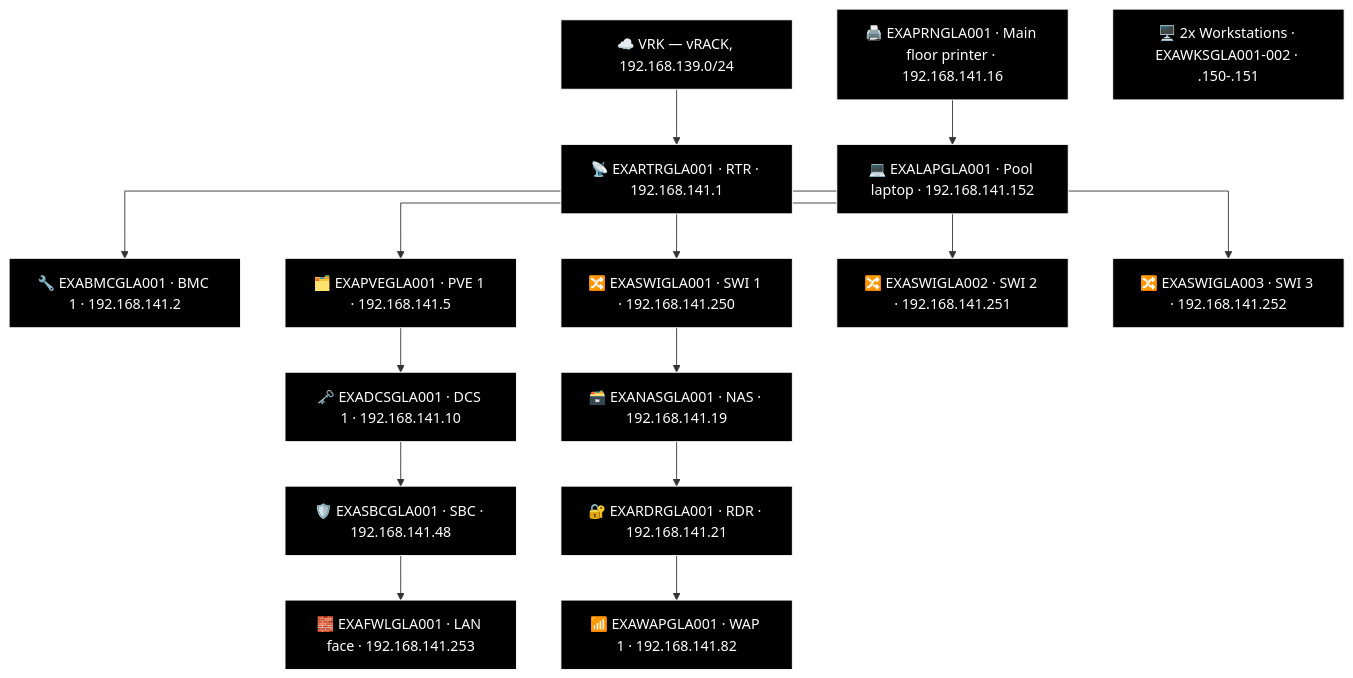
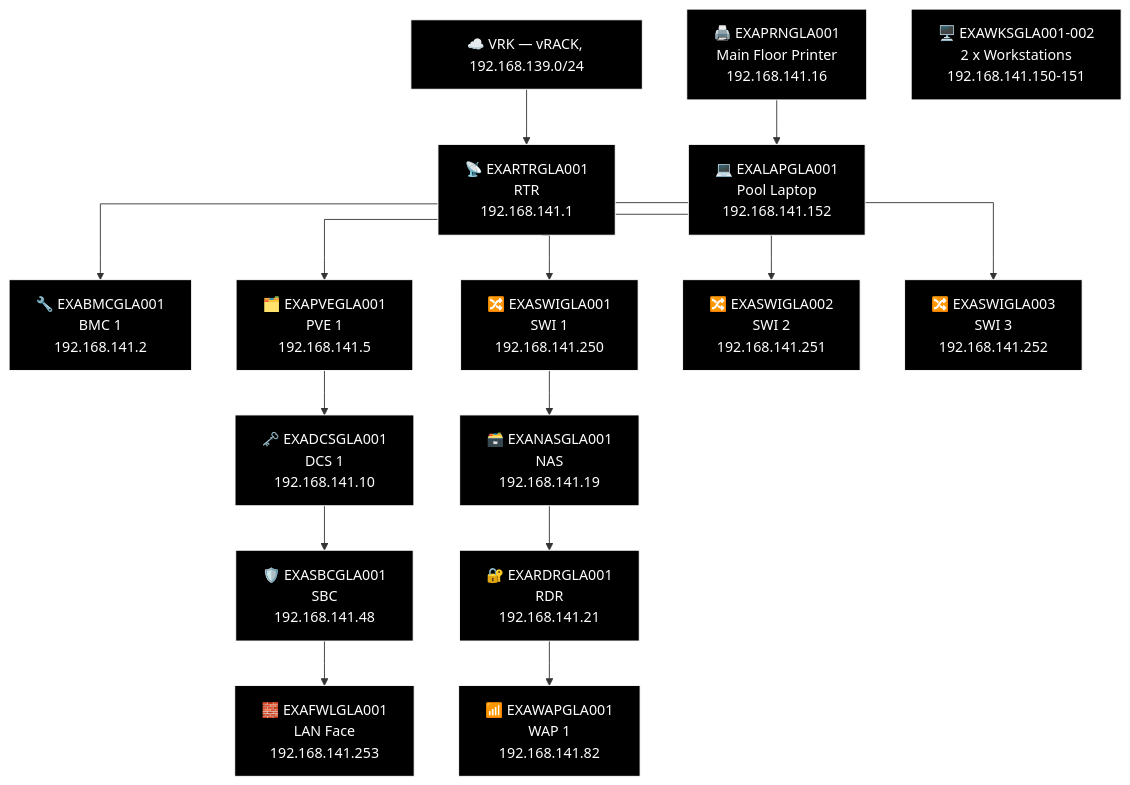
One commit to knightmare2600/example_music_infra changed the sixth of 14 diagrams in docs/network-diagram/scotland.md. Above: the diagram before and after it, drawn with Mermaid. The commit also changed other lines of this file and 18 other files, not shown here.

````diff
--- a/docs/network-diagram/scotland.md
+++ b/docs/network-diagram/scotland.md
@@ -327,47 +327,47 @@
 ```mermaid
 %% GENERATED:TOPOLOGY:GLA:START
 %%{init: {'flowchart': {'curve': 'stepAfter'}}}%%
 graph TD
     T_VRK["☁️ VRK — vRACK, 192.168.139.0/24"]
-    T_RTR["📡 EXARTRGLA001 · RTR · 192.168.141.1"]
+    T_RTR["📡 EXARTRGLA001<br/>RTR<br/>192.168.141.1"]
     T_VRK --> T_RTR
-    T_BMC["🔧 EXABMCGLA001 · BMC 1 · 192.168.141.2"]
+    T_BMC["🔧 EXABMCGLA001<br/>BMC 1<br/>192.168.141.2"]
     T_RTR --> T_BMC
-    T_PVE["🗂️ EXAPVEGLA001 · PVE 1 · 192.168.141.5"]
+    T_PVE["🗂️ EXAPVEGLA001<br/>PVE 1<br/>192.168.141.5"]
     T_RTR --> T_PVE
-    T_SWI["🔀 EXASWIGLA001 · SWI 1 · 192.168.141.250"]
+    T_SWI["🔀 EXASWIGLA001<br/>SWI 1<br/>192.168.141.250"]
     T_RTR --> T_SWI
-    T_SWI2["🔀 EXASWIGLA002 · SWI 2 · 192.168.141.251"]
+    T_SWI2["🔀 EXASWIGLA002<br/>SWI 2<br/>192.168.141.251"]
     T_RTR --> T_SWI2
-    T_SWI3["🔀 EXASWIGLA003 · SWI 3 · 192.168.141.252"]
+    T_SWI3["🔀 EXASWIGLA003<br/>SWI 3<br/>192.168.141.252"]
     T_RTR --> T_SWI3
-    T_NAS["🗃️ EXANASGLA001 · NAS · 192.168.141.19"]
-    T_RDR["🔐 EXARDRGLA001 · RDR · 192.168.141.21"]
-    T_WAP["📶 EXAWAPGLA001 · WAP 1 · 192.168.141.82"]
+    T_NAS["🗃️ EXANASGLA001<br/>NAS<br/>192.168.141.19"]
+    T_RDR["🔐 EXARDRGLA001<br/>RDR<br/>192.168.141.21"]
+    T_WAP["📶 EXAWAPGLA001<br/>WAP 1<br/>192.168.141.82"]
     T_SWI --> T_NAS --> T_RDR --> T_WAP
-    T_DCS["🗝️ EXADCSGLA001 · DCS 1 · 192.168.141.10"]
-    T_SBC["🛡️ EXASBCGLA001 · SBC · 192.168.141.48"]
-    T_FWL["🧱 EXAFWLGLA001 · LAN face · 192.168.141.253"]
+    T_DCS["🗝️ EXADCSGLA001<br/>DCS 1<br/>192.168.141.10"]
+    T_SBC["🛡️ EXASBCGLA001<br/>SBC<br/>192.168.141.48"]
+    T_FWL["🧱 EXAFWLGLA001<br/>LAN Face<br/>192.168.141.253"]
     T_PVE --> T_DCS --> T_SBC --> T_FWL
-    T_PRN["🖨️ EXAPRNGLA001 · Main floor printer · 192.168.141.16"]
-    T_OTH_WKS["🖥️ 2x Workstations · EXAWKSGLA001-002 · .150-.151"]
-    T_LAP["💻 EXALAPGLA001 · Pool laptop · 192.168.141.152"]
+    T_PRN["🖨️ EXAPRNGLA001<br/>Main Floor Printer<br/>192.168.141.16"]
+    T_OTH_WKS["🖥️ EXAWKSGLA001-002<br/>2 x Workstations<br/>192.168.141.150-151"]
+    T_LAP["💻 EXALAPGLA001<br/>Pool Laptop<br/>192.168.141.152"]
     T_PRN --> T_LAP
     style T_VRK fill:#000000,stroke:#FFFFFF,color:#FFFFFF
     style T_RTR fill:#000000,stroke:#FFFFFF,color:#FFFFFF
     style T_BMC fill:#000000,stroke:#FFFFFF,color:#FFFFFF
     style T_PVE fill:#000000,stroke:#FFFFFF,color:#FFFFFF
     style T_SWI fill:#000000,stroke:#FFFFFF,color:#FFFFFF
     style T_SWI2 fill:#000000,stroke:#FFFFFF,color:#FFFFFF
     style T_SWI3 fill:#000000,stroke:#FFFFFF,color:#FFFFFF
     style T_NAS fill:#000000,stroke:#FFFFFF,color:#FFFFFF
     style T_RDR fill:#000000,stroke:#FFFFFF,color:#FFFFFF
     style T_WAP fill:#000000,stroke:#FFFFFF,color:#FFFFFF
     style T_DCS fill:#000000,stroke:#FFFFFF,color:#FFFFFF
     style T_SBC fill:#000000,stroke:#FFFFFF,color:#FFFFFF
     style T_FWL fill:#000000,stroke:#FFFFFF,color:#FFFFFF
     style T_PRN fill:#000000,stroke:#FFFFFF,color:#FFFFFF
     style T_OTH_WKS fill:#000000,stroke:#FFFFFF,color:#FFFFFF
     style T_LAP fill:#000000,stroke:#FFFFFF,color:#FFFFFF
 %% GENERATED:TOPOLOGY:GLA:END
 ```
````
